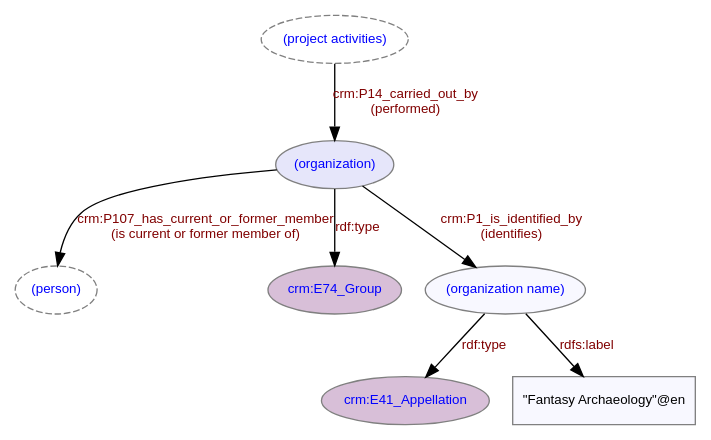
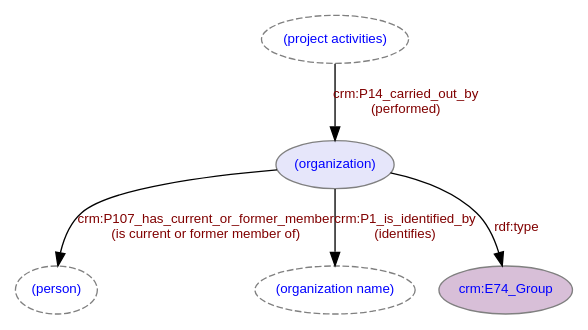
Before and after one commit to cbinding/LD4HE: the diagram in diagrams/ld4he-organization.dot, drawn with Graphviz. The commit also changed 275 other files, not shown here.

```diff
--- a/diagrams/ld4he-organization.dot
+++ b/diagrams/ld4he-organization.dot
@@ -1,18 +1,15 @@
 digraph {
    // label = "Organization";
    // labelloc = "t";
    node [color=gray, fontcolor=blue, fontsize=10, fontname=Arial, style=filled, fillcolor=ghostwhite];
    edge [color=black, fontcolor=maroon, fontsize=10, fontname=Arial];
-   "(project activities)" [style=dashed];   
+   "(project activities)" [style=dashed]; 
+   "(organization)" [fillcolor="lavender"];   
    "(person)" [style=dashed];
-   "(project activities)" -> "(organization)" [label="crm:P14_carried_out_by\n(performed)", labelURL="http://www.cidoc-crm.org/cidoc-crm/P14_carried_out_by"];
-   "(organization)" [fillcolor="lavender"];
+   "(organization name)" [style=dashed];   
+   "(project activities)" -> "(organization)" [label="crm:P14_carried_out_by\n(performed)", labelURL="http://www.cidoc-crm.org/cidoc-crm/P14_carried_out_by"];   
    "(organization)" -> "crm:E74_Group" [label="rdf:type", labelURL="http://www.w3.org/1999/02/22-rdf-syntax-ns#type"];
    "(organization)" -> "(person)" [label="crm:P107_has_current_or_former_member\n(is current or former member of)", labelURL="http://www.cidoc-crm.org/cidoc-crm/P107_has_current_or_former_member"];     
    "crm:E74_Group" [fillcolor=thistle, URL="http://www.cidoc-crm.org/cidoc-crm/E74_Group"];
-   "(organization)" -> "(organization name)" [label="crm:P1_is_identified_by\n(identifies)", labelURL="http://www.cidoc-crm.org/cidoc-crm/P1_is_identified_by"];
-   "(organization name)" -> "crm:E41_Appellation" [label="rdf:type", labelURL="http://www.w3.org/1999/02/22-rdf-syntax-ns#type"];
-   "crm:E41_Appellation" [fillcolor=thistle, URL="http://www.cidoc-crm.org/cidoc-crm/E41_Appellation"];  
-   "(organization name)" -> "\"Fantasy Archaeology\"@en" [label="rdfs:label", labelURL="http://www.w3.org/2000/01/rdf-schema#label"];
-   "\"Fantasy Archaeology\"@en" [shape=box, fontcolor=black, color=gray];   
+   "(organization)" -> "(organization name)" [label="crm:P1_is_identified_by\n(identifies)", labelURL="http://www.cidoc-crm.org/cidoc-crm/P1_is_identified_by"];   
 }
```
